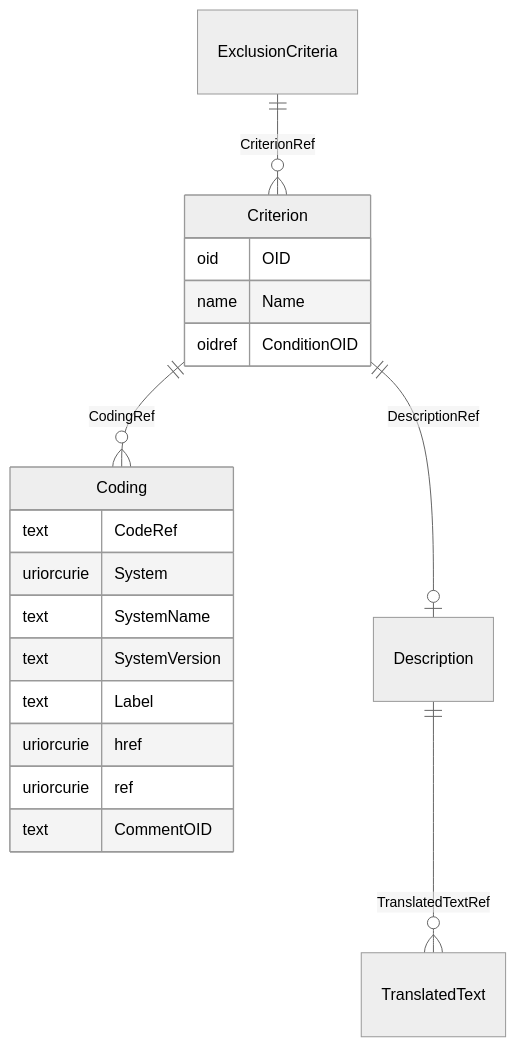
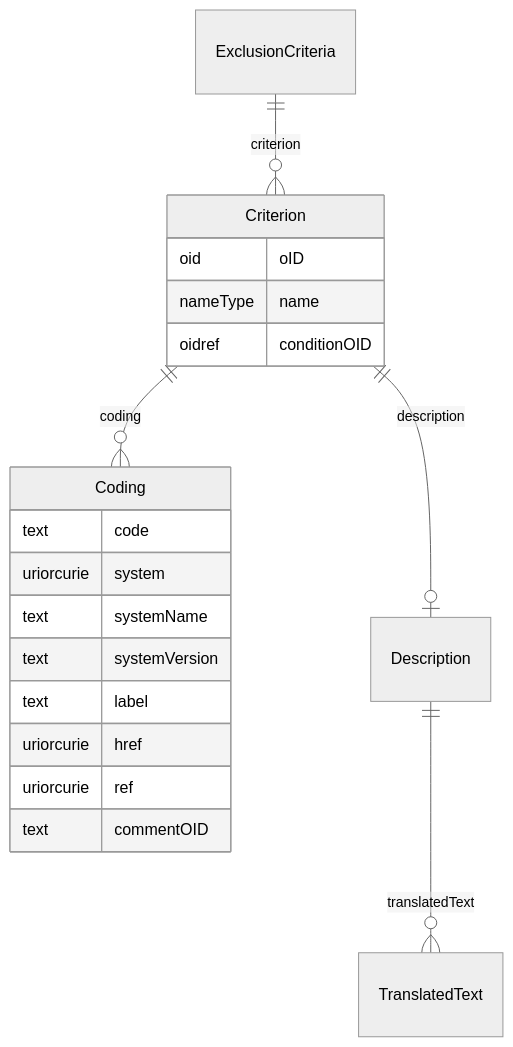
Before and after one commit to cdisc-org/DataExchange-ODM-LinkML: the diagram in docs/ExclusionCriteria.md, drawn with Mermaid (neutral theme). The commit also changed other lines of this file and 759 other files, not shown here.

````diff
--- a/docs/ExclusionCriteria.md
+++ b/docs/ExclusionCriteria.md
@@ -11,30 +11,30 @@
 ```mermaid
 erDiagram
 ExclusionCriteria {
 
 }
 Criterion {
-    oid OID  
-    name Name  
-    oidref ConditionOID  
+    oid oID  
+    nameType name  
+    oidref conditionOID  
 }
 Coding {
-    text CodeRef  
-    uriorcurie System  
-    text SystemName  
-    text SystemVersion  
-    text Label  
+    text code  
+    uriorcurie system  
+    text systemName  
+    text systemVersion  
+    text label  
     uriorcurie href  
     uriorcurie ref  
-    text CommentOID  
+    text commentOID  
 }
 Description {
 
 }
 
-ExclusionCriteria ||--}o Criterion : "CriterionRef"
-Criterion ||--|o Description : "DescriptionRef"
-Criterion ||--}o Coding : "CodingRef"
-Description ||--}o TranslatedText : "TranslatedTextRef"
+ExclusionCriteria ||--}o Criterion : "criterion"
+Criterion ||--|o Description : "description"
+Criterion ||--}o Coding : "coding"
+Description ||--}o TranslatedText : "translatedText"
 
 ```
````
